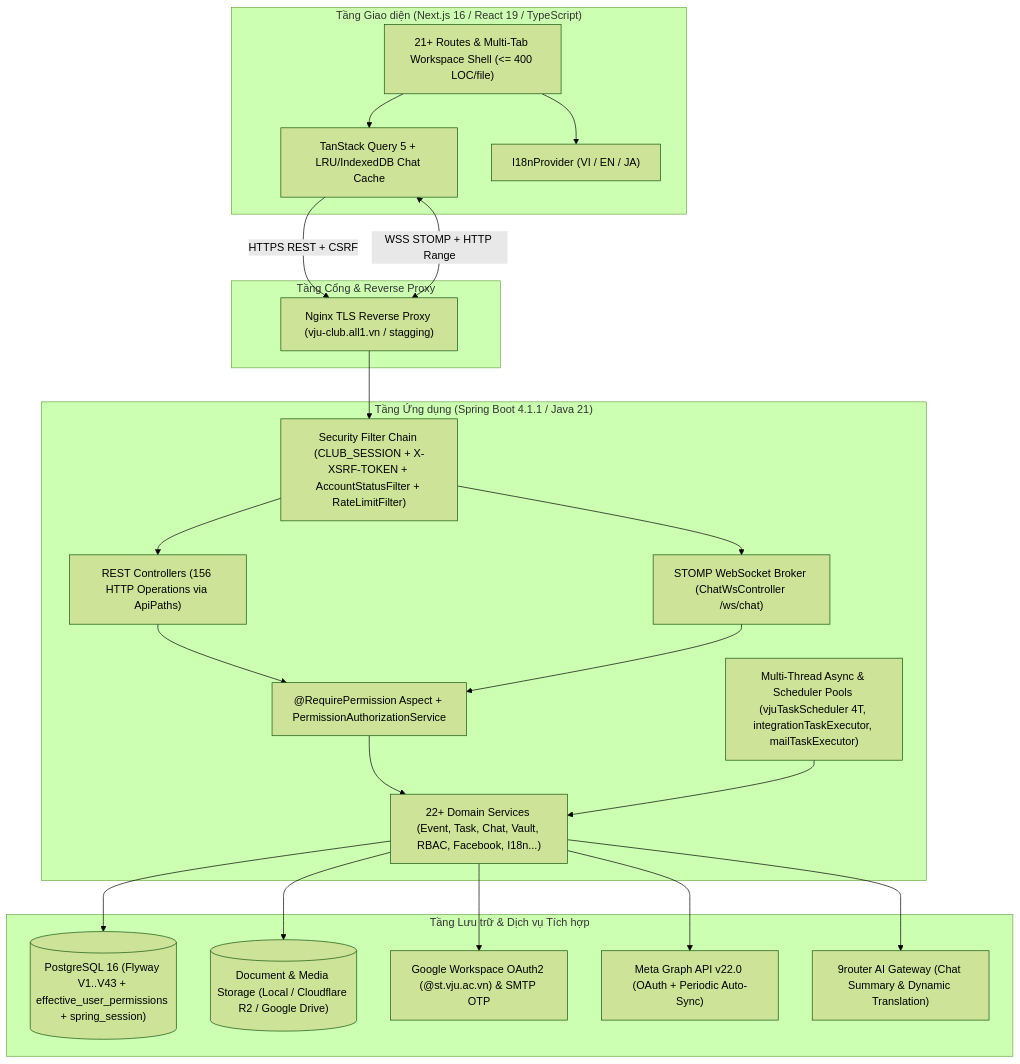
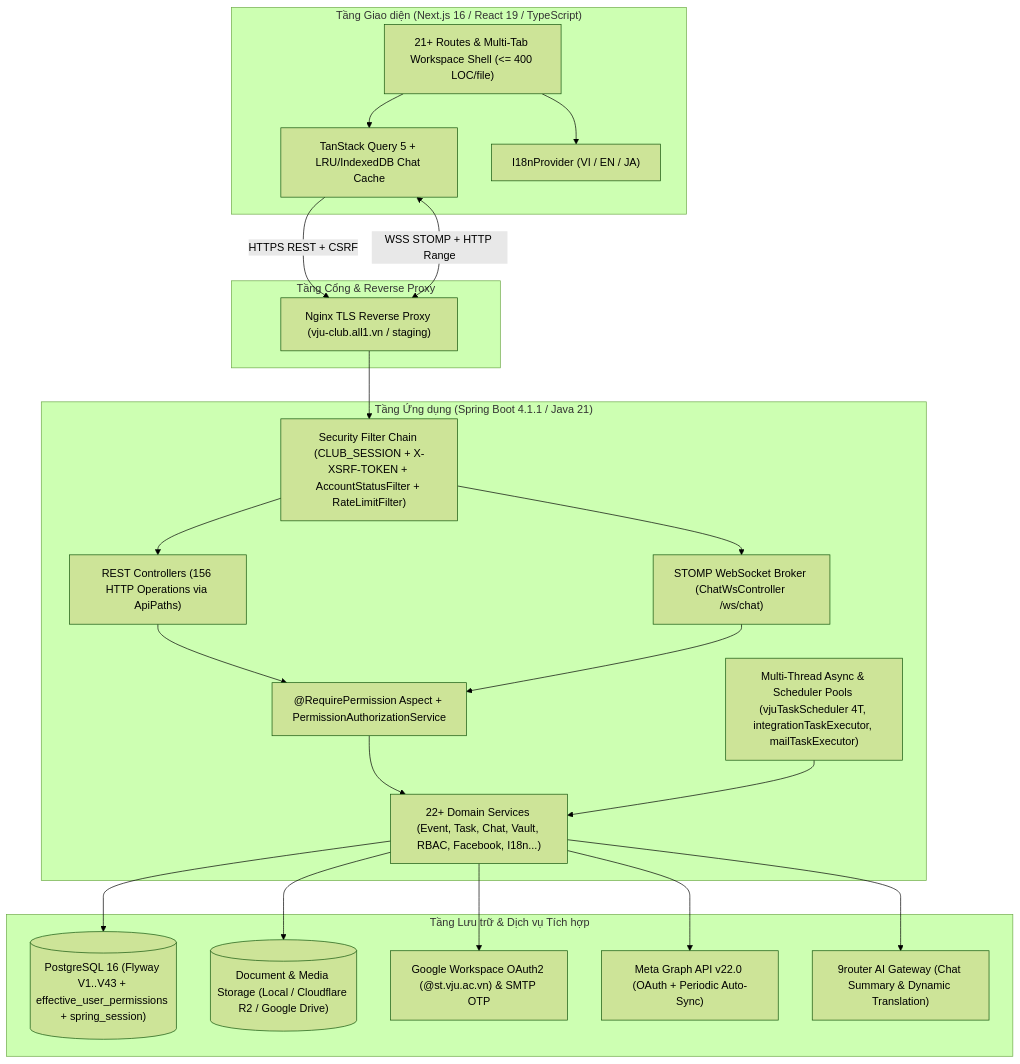
One commit to NguyenPhat2412/club-basic-vju changed the first of 2 diagrams in docs/archi/README.md. Above: the diagram before and after it, drawn with Mermaid (forest theme). The commit also changed other lines of this file and 284 other files, not shown here.

Commit message:
feat(vju,v44-v48): ship DOANVJU branding, event posters, e-certificates, profile acknowledgement, stats charts & UX polish

````diff
--- a/docs/archi/README.md
+++ b/docs/archi/README.md
@@ -9,46 +9,46 @@
 ```mermaid
 flowchart TB
     subgraph Client["Tầng Giao diện (Next.js 16 / React 19 / TypeScript)"]
         UI["21+ Routes & Multi-Tab Workspace Shell (<= 400 LOC/file)"]
         RQ["TanStack Query 5 + LRU/IndexedDB Chat Cache"]
         I18N["I18nProvider (VI / EN / JA)"]
     end
 
     subgraph Edge["Tầng Cổng & Reverse Proxy"]
-        NGX["Nginx TLS Reverse Proxy (vju-club.all1.vn / stagging)"]
+        NGX["Nginx TLS Reverse Proxy (vju-club.all1.vn / staging)"]
     end
 
     subgraph Backend["Tầng Ứng dụng (Spring Boot 4.1.1 / Java 21)"]
         SEC["Security Filter Chain (CLUB_SESSION + X-XSRF-TOKEN + AccountStatusFilter + RateLimitFilter)"]
         REST["REST Controllers (156 HTTP Operations via ApiPaths)"]
         WS["STOMP WebSocket Broker (ChatWsController /ws/chat)"]
         AOP["@RequirePermission Aspect + PermissionAuthorizationService"]
         SVC["22+ Domain Services (Event, Task, Chat, Vault, RBAC, Facebook, I18n...)"]
         SCHED["Multi-Thread Async & Scheduler Pools (vjuTaskScheduler 4T, integrationTaskExecutor, mailTaskExecutor)"]
     end
 
     subgraph Data["Tầng Lưu trữ & Dịch vụ Tích hợp"]
         PG[("PostgreSQL 16 (Flyway V1..V43 + effective_user_permissions + spring_session)")]
         OBJ[("Document & Media Storage (Local / Cloudflare R2 / Google Drive)")]
         OAUTH["Google Workspace OAuth2 (@st.vju.ac.vn) & SMTP OTP"]
         FB["Meta Graph API v22.0 (OAuth + Periodic Auto-Sync)"]
         AI["9router AI Gateway (Chat Summary & Dynamic Translation)"]
     end
 
     UI --> RQ
     UI --> I18N
     RQ -->|"HTTPS REST + CSRF"| NGX
     RQ <-->|"WSS STOMP + HTTP Range"| NGX
     NGX --> SEC
     SEC --> REST
     SEC --> WS
     REST --> AOP
     WS --> AOP
     AOP --> SVC
     SCHED --> SVC
     SVC --> PG
     SVC --> OBJ
     SVC --> OAUTH
     SVC --> FB
     SVC --> AI
 ```
````
